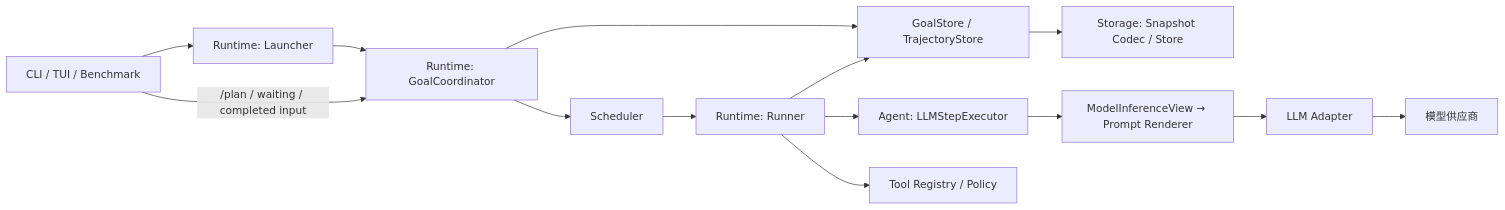
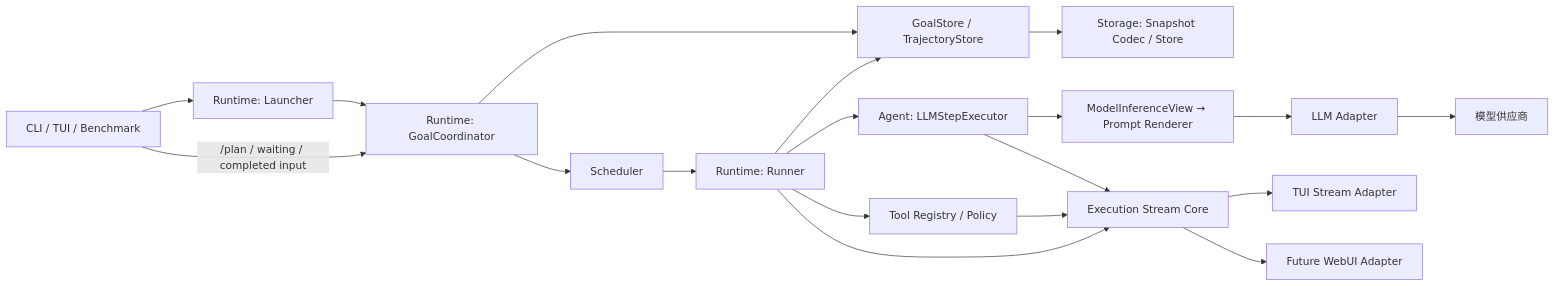
The diagram in docs/architecture/README.md (ccasJay/LazyGoal), drawn with Mermaid before and after one commit. The commit also changed other lines of this file and 33 other files, not shown here.

````diff
--- a/docs/architecture/README.md
+++ b/docs/architecture/README.md
@@ -19,16 +20,21 @@
 ```mermaid
 flowchart LR
     C[CLI / TUI / Benchmark] --> L[Runtime: Launcher]
     L --> G[Runtime: GoalCoordinator]
     C -->|/plan / waiting / completed input| G
     G --> S[GoalStore / TrajectoryStore]
     G --> Q[Scheduler]
     Q --> R[Runtime: Runner]
     R --> S
     R --> E[Agent: LLMStepExecutor]
     E --> V[ModelInferenceView → Prompt Renderer]
     V --> A[LLM Adapter]
     A --> M[模型供应商]
     S --> ST[Storage: Snapshot Codec / Store]
     R --> T[Tool Registry / Policy]
+    R --> X[Execution Stream Core]
+    E --> X
+    T --> X
+    X --> U[TUI Stream Adapter]
+    X --> W[Future WebUI Adapter]
 ```
````
